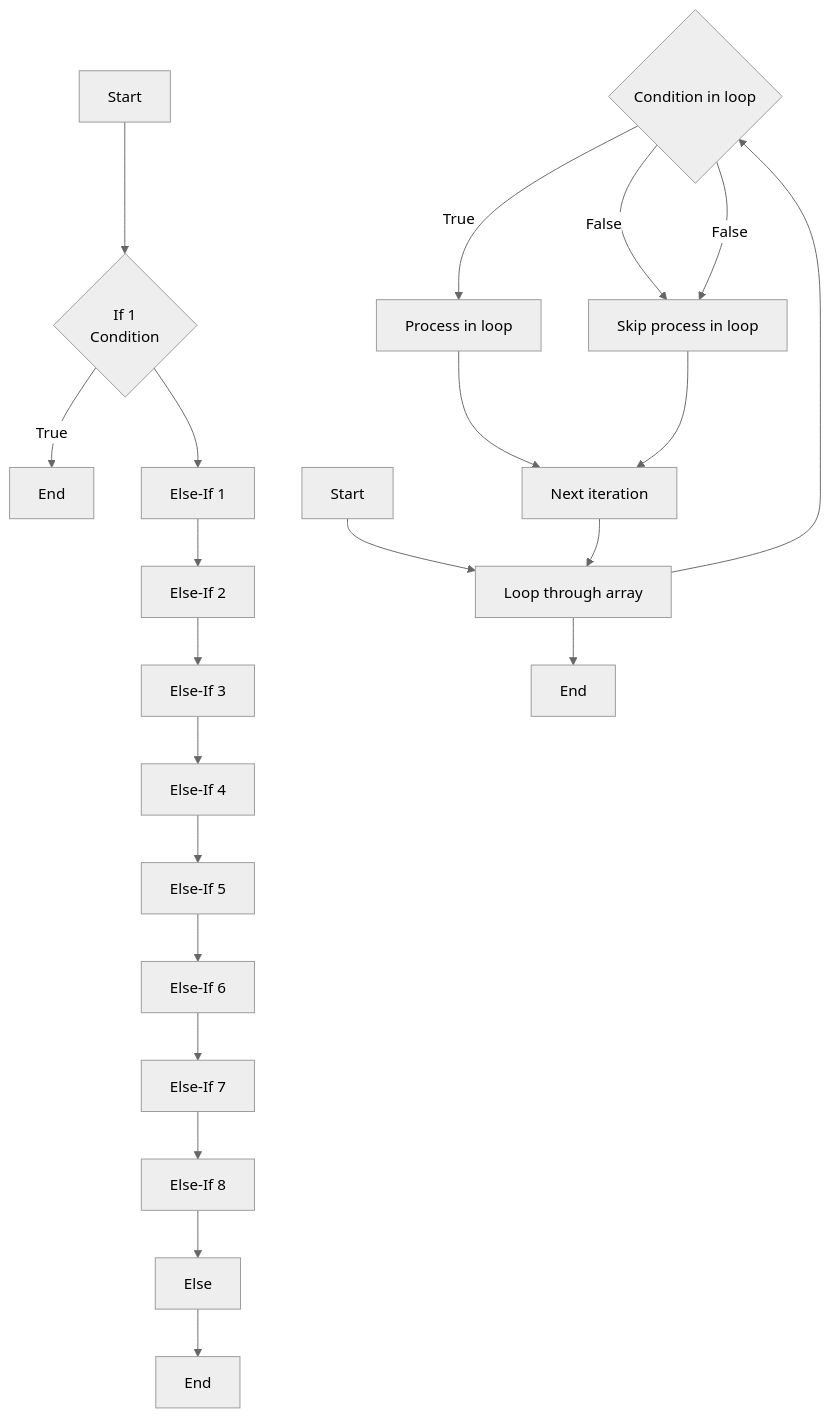
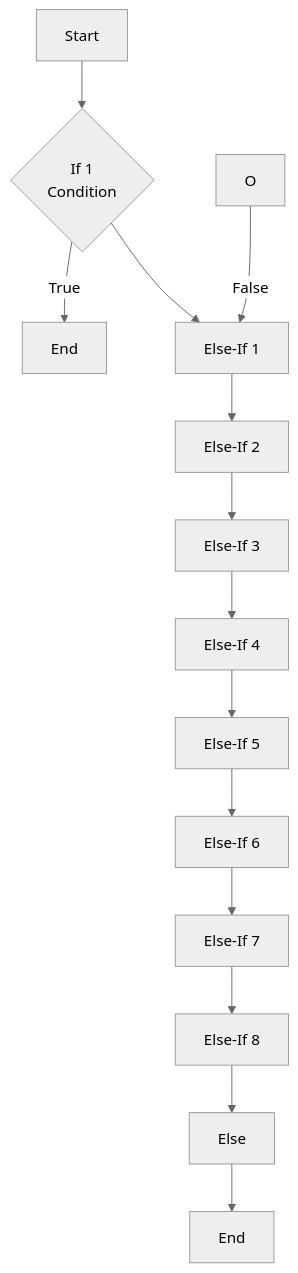
Before and after one commit to Alex-Rafter/wiki: the third of 4 diagrams in daily/2023-05-13.md, drawn with Mermaid (neutral theme).

````diff
--- a/daily/2023-05-13.md
+++ b/daily/2023-05-13.md
@@ -80,30 +80,21 @@
 ```mermaid
 
 flowchart TD
 A[Start] --> B{"If 1
 Condition
 "}
 B -- True --> BEnd["End"]
-O -- False --> Q[Skip process in loop]
+O -- False --> C
 B --> C[Else-If 1]
 C --> D[Else-If 2]
 D --> E[Else-If 3]
 E --> F[Else-If 4]
 F --> G[Else-If 5]
 G --> H[Else-If 6]
 H --> I[Else-If 7]
 I --> J[Else-If 8]
 J --> K[Else]
 K --> L[End]
 
 
-M[Start] --> N[Loop through array]
-N --> O{Condition in loop}
-O -- True --> P[Process in loop]
-O -- False --> Q[Skip process in loop]
-P --> R[Next iteration]
-Q --> R
-R --> N
-N --> S[End]
-
 ```
````
